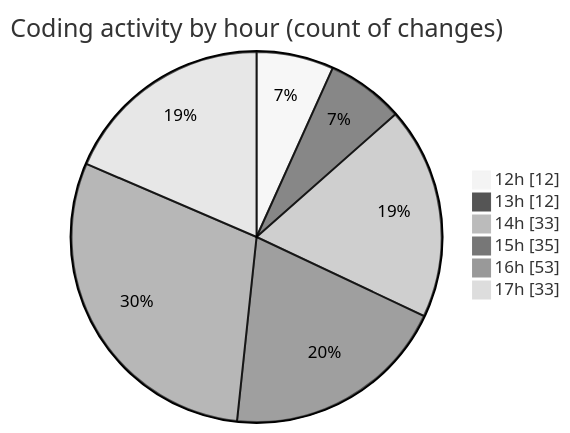
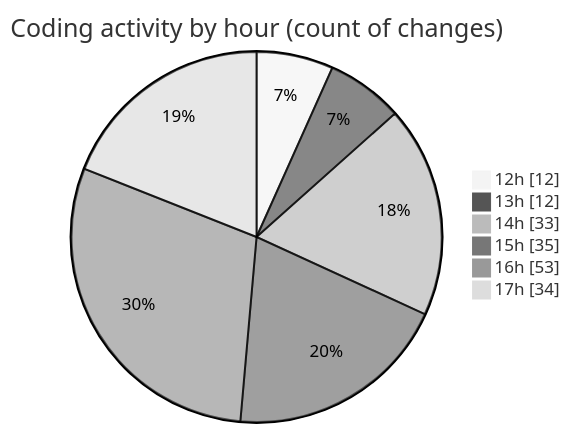
The second of 2 diagrams in 2025-09-24/cda/README.md (momahboobian/code-tracking), drawn with Mermaid (neutral theme) before and after one commit. The commit also changed other lines of this file and 1 other file, not shown here.

````diff
--- a/2025-09-24/cda/README.md
+++ b/2025-09-24/cda/README.md
@@ -43,10 +43,10 @@
 ```mermaid
 pie showData
 title Coding activity by hour (count of changes)
 "12h" : 12
 "13h" : 12
 "14h" : 33
 "15h" : 35
 "16h" : 53
-"17h" : 33
+"17h" : 34
 ```
````
